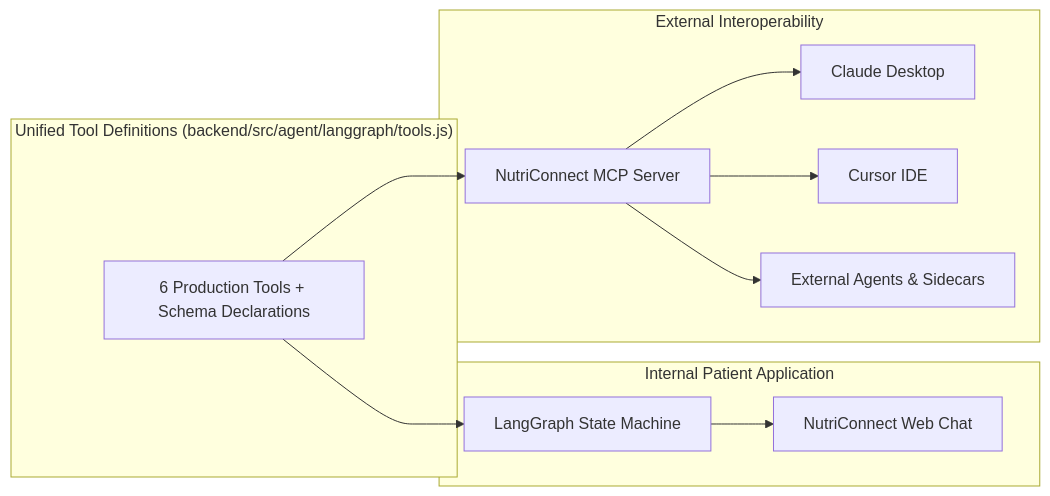
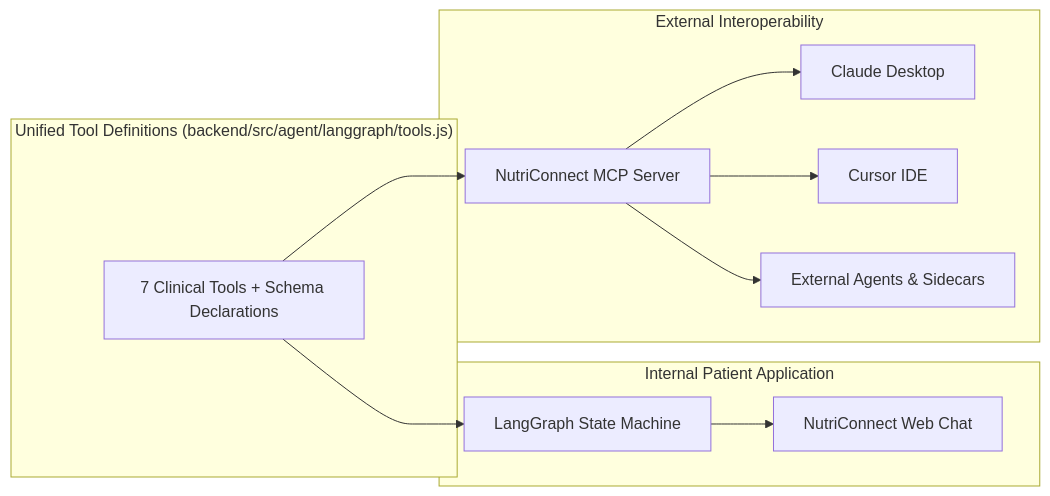
One commit to saketh169/WBD-Deployment changed the second of 2 diagrams in NutriAgent/agent.md. Above: the diagram before and after it, drawn with Mermaid. The commit also changed other lines of this file and 27 other files, not shown here.

````diff
--- a/NutriAgent/agent.md
+++ b/NutriAgent/agent.md
@@ -139,18 +150,18 @@
 ```mermaid
 flowchart LR
     subgraph Tool_Core["Unified Tool Definitions (backend/src/agent/langgraph/tools.js)"]
-        Tools[6 Production Tools + Schema Declarations]
+        Tools["7 Clinical Tools + Schema Declarations"]
     end
 
     subgraph Internal_Flow["Internal Patient Application"]
         Tools --> LangGraph[LangGraph State Machine]
         LangGraph --> WebApp[NutriConnect Web Chat]
     end
 
     subgraph External_Flow["External Interoperability"]
         Tools --> MCP[NutriConnect MCP Server]
         MCP --> Claude[Claude Desktop]
         MCP --> Cursor[Cursor IDE]
         MCP --> ExternalAI[External Agents & Sidecars]
     end
 ```
````
